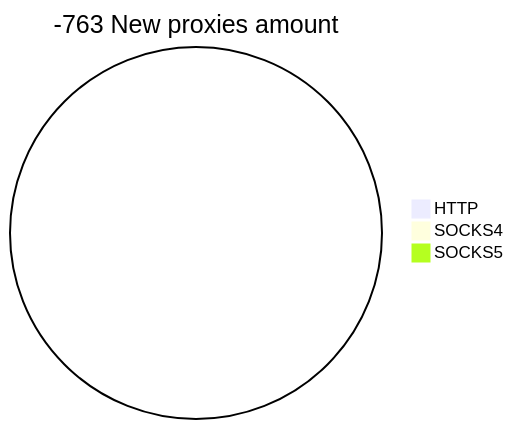
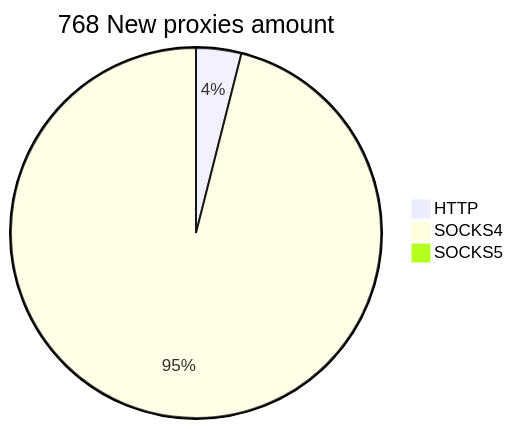
The second of 2 diagrams in README.md (cutipu/proxylist), drawn with Mermaid before and after one commit. The commit also changed other lines of this file, not shown here.

````diff
--- a/README.md
+++ b/README.md
@@ -10,6 +10,6 @@
 ```mermaid
-pie title -763 New proxies amount
-    "HTTP" : 0
-    "SOCKS4" : 0
-    "SOCKS5" : 0
+pie title 768 New proxies amount
+    "HTTP" : 30
+    "SOCKS4" : 731
+    "SOCKS5" : 7
 ```
````
